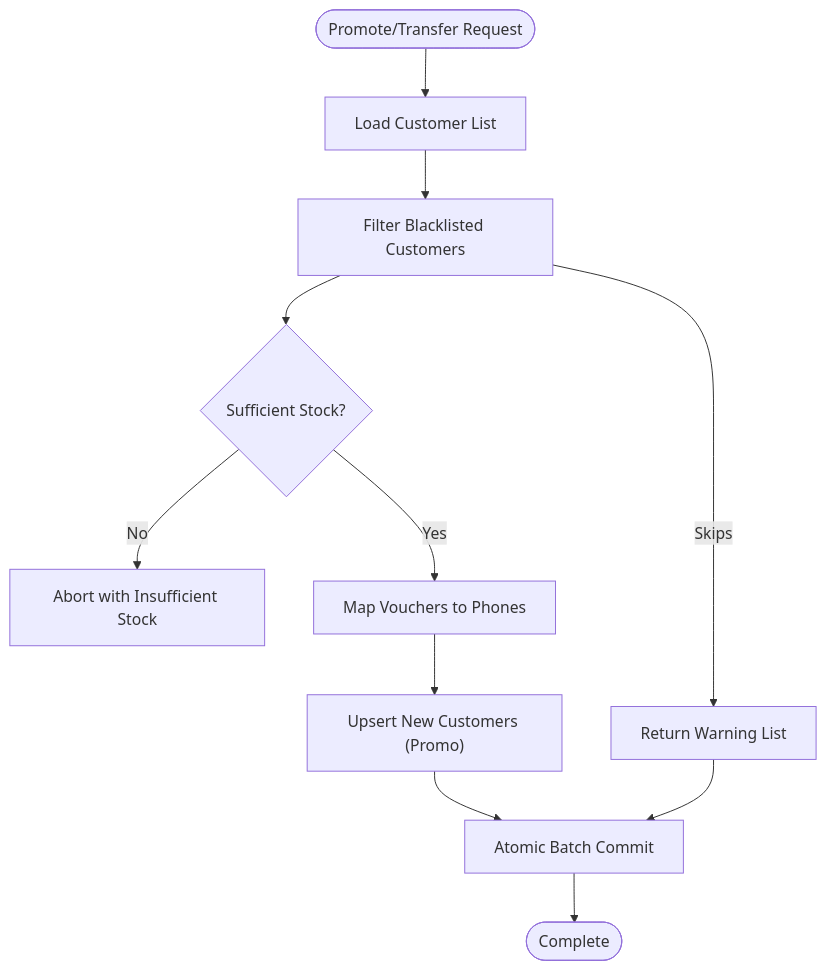
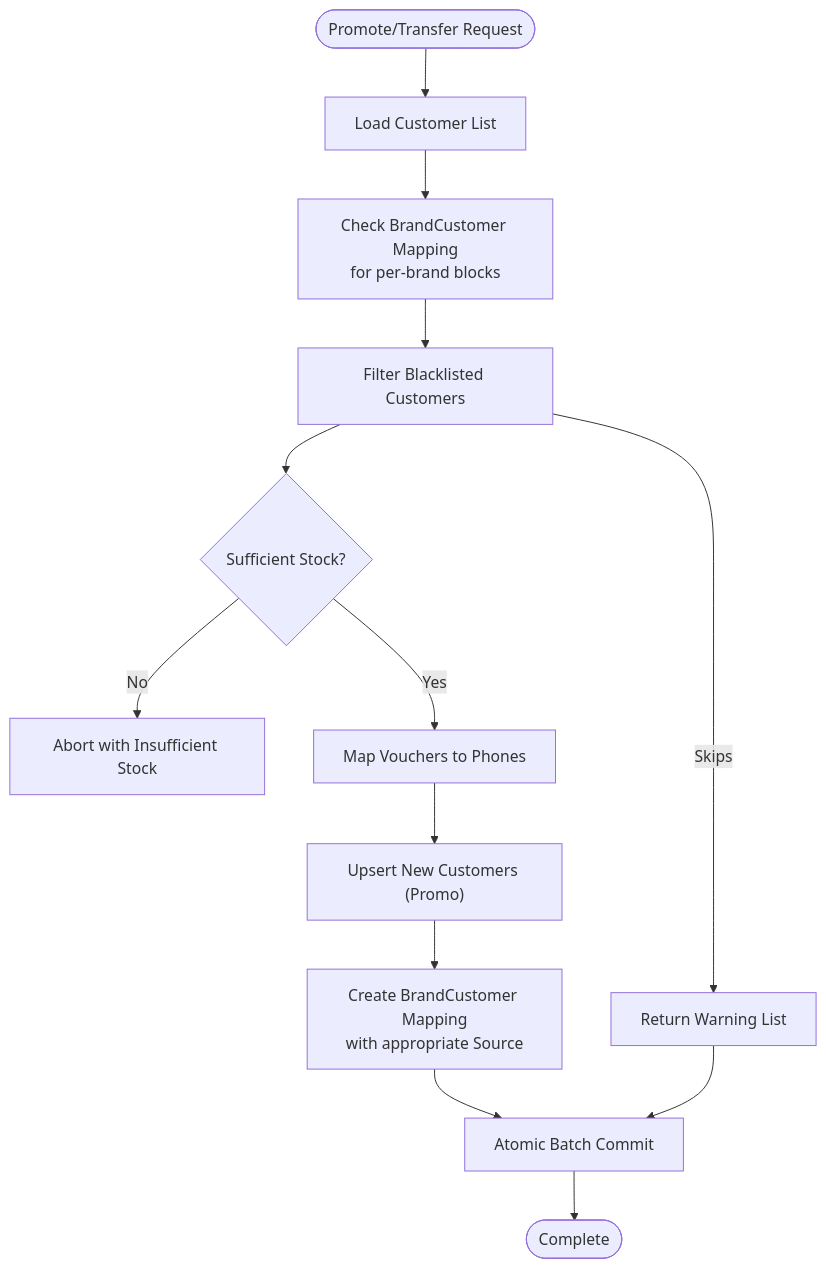
The tenth of 12 diagrams in .qoder/repowiki/en/content/Business Logic and Workflows/Customer and Business Management.md (lamhongbac/NonCash), drawn with Mermaid before and after one commit. The commit also changed other lines of this file and 57 other files, not shown here.

````diff
--- a/.qoder/repowiki/en/content/Business Logic and Workflows/Customer and Business Management.md
+++ b/.qoder/repowiki/en/content/Business Logic and Workflows/Customer and Business Management.md
@@ -458,13 +528,15 @@
 ```mermaid
 flowchart TD
 Start(["Promote/Transfer Request"]) --> Load["Load Customer List"]
-Load --> Filter["Filter Blacklisted Customers"]
+Load --> CheckBrandBlock["Check BrandCustomer Mapping<br/>for per-brand blocks"]
+CheckBrandBlock --> Filter["Filter Blacklisted Customers"]
 Filter --> Count{"Sufficient Stock?"}
 Count --> |No| Abort["Abort with Insufficient Stock"]
 Count --> |Yes| Map["Map Vouchers to Phones"]
 Map --> Upsert["Upsert New Customers (Promo)"]
-Upsert --> Txn["Atomic Batch Commit"]
+Upsert --> CreateMapping["Create BrandCustomer Mapping<br/>with appropriate Source"]
+CreateMapping --> Txn["Atomic Batch Commit"]
 Txn --> Done(["Complete"])
 Filter --> |Skips| Warn["Return Warning List"]
 Warn --> Txn
 ```
````
